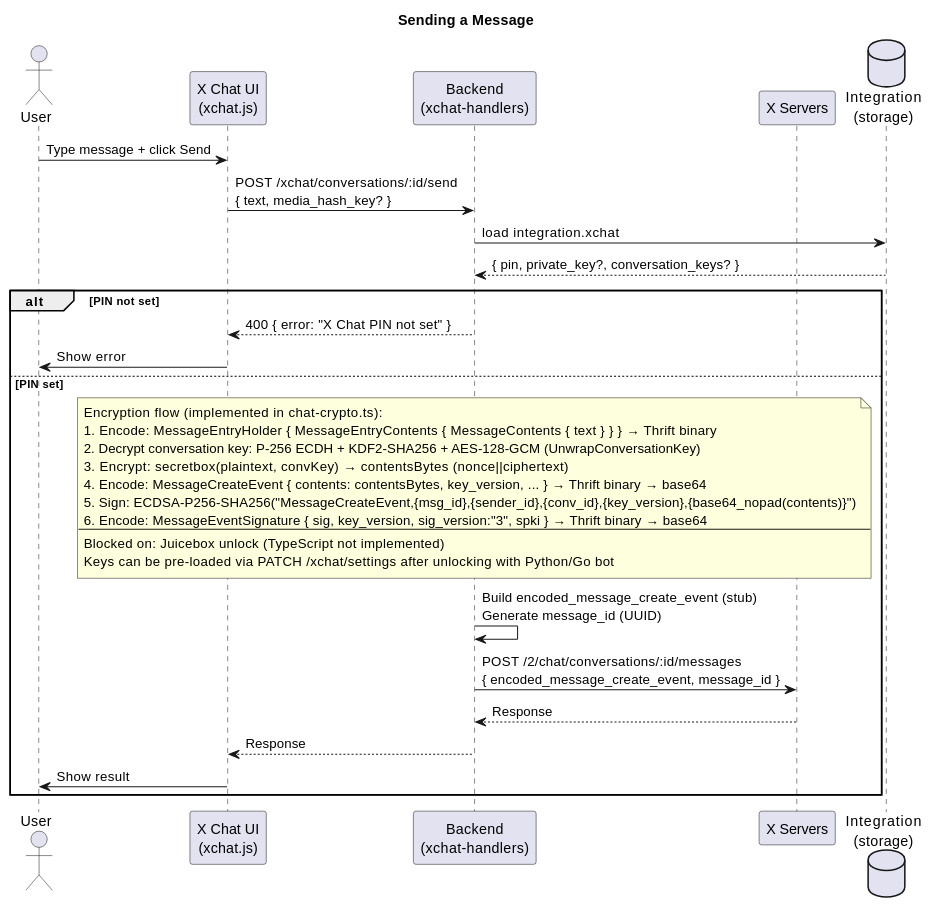
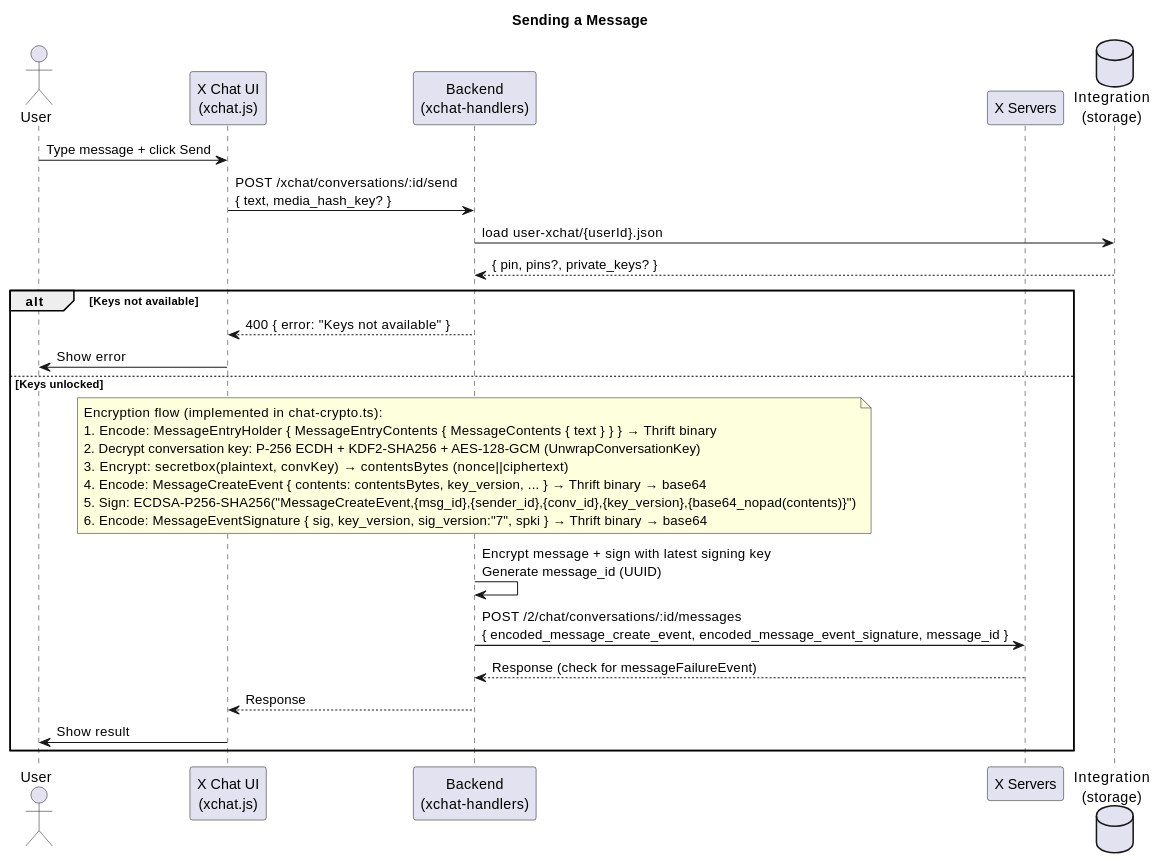
The third of 6 diagrams in oauth-demo/xchat/XCHAT-FEATURE.md (dmitryon/twitter-api-typescript-sdk), drawn with PlantUML before and after one commit. The commit also changed other lines of this file and 1 other file, not shown here.

Commit message:
docs: update XCHAT-FEATURE.md to reflect multi-key versioned storage model

````diff
--- a/oauth-demo/xchat/XCHAT-FEATURE.md
+++ b/oauth-demo/xchat/XCHAT-FEATURE.md
@@ -250,40 +290,37 @@
 ```plantuml
 @startuml
 title Sending a Message
 
 actor User
 participant "X Chat UI\n(xchat.js)" as UI
 participant "Backend\n(xchat-handlers)" as BE
 participant "X Servers" as X
 database "Integration\n(storage)" as DB
 
 User -> UI: Type message + click Send
 UI -> BE: POST /xchat/conversations/:id/send\n{ text, media_hash_key? }
 
-BE -> DB: load integration.xchat
-DB --> BE: { pin, private_key?, conversation_keys? }
+BE -> DB: load user-xchat/{userId}.json
+DB --> BE: { pin, pins?, private_keys? }
 
-alt PIN not set
-  BE --> UI: 400 { error: "X Chat PIN not set" }
+alt Keys not available
+  BE --> UI: 400 { error: "Keys not available" }
   UI -> User: Show error
-else PIN set
+else Keys unlocked
   note over BE
     Encryption flow (implemented in chat-crypto.ts):
     1. Encode: MessageEntryHolder { MessageEntryContents { MessageContents { text } } } → Thrift binary
     2. Decrypt conversation key: P-256 ECDH + KDF2-SHA256 + AES-128-GCM (UnwrapConversationKey)
     3. Encrypt: secretbox(plaintext, convKey) → contentsBytes (nonce||ciphertext)
     4. Encode: MessageCreateEvent { contents: contentsBytes, key_version, ... } → Thrift binary → base64
     5. Sign: ECDSA-P256-SHA256("MessageCreateEvent,{msg_id},{sender_id},{conv_id},{key_version},{base64_nopad(contents)}")
-    6. Encode: MessageEventSignature { sig, key_version, sig_version:"3", spki } → Thrift binary → base64
-    ---
-    Blocked on: Juicebox unlock (TypeScript not implemented)
-    Keys can be pre-loaded via PATCH /xchat/settings after unlocking with Python/Go bot
+    6. Encode: MessageEventSignature { sig, key_version, sig_version:"7", spki } → Thrift binary → base64
   end note
-  BE -> BE: Build encoded_message_create_event (stub)\nGenerate message_id (UUID)
-  BE -> X: POST /2/chat/conversations/:id/messages\n{ encoded_message_create_event, message_id }
-  X --> BE: Response
+  BE -> BE: Encrypt message + sign with latest signing key\nGenerate message_id (UUID)
+  BE -> X: POST /2/chat/conversations/:id/messages\n{ encoded_message_create_event, encoded_message_event_signature, message_id }
+  X --> BE: Response (check for messageFailureEvent)
   BE --> UI: Response
   UI -> User: Show result
 end
 @enduml
 ```
````
